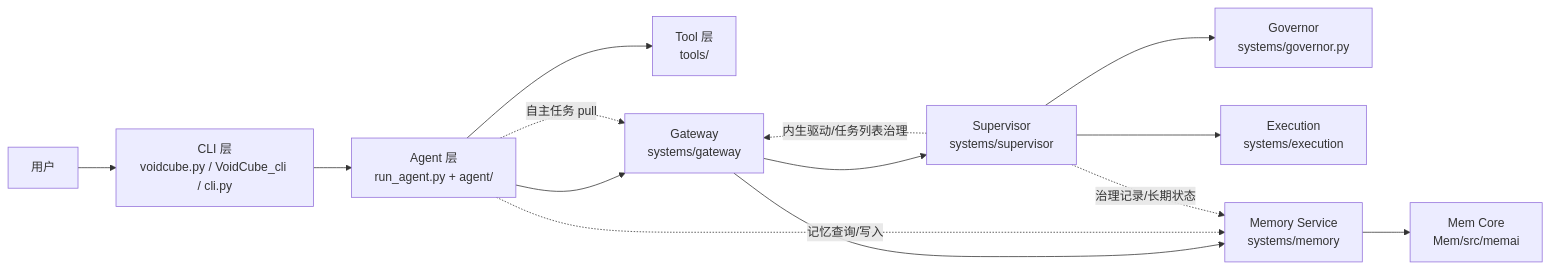
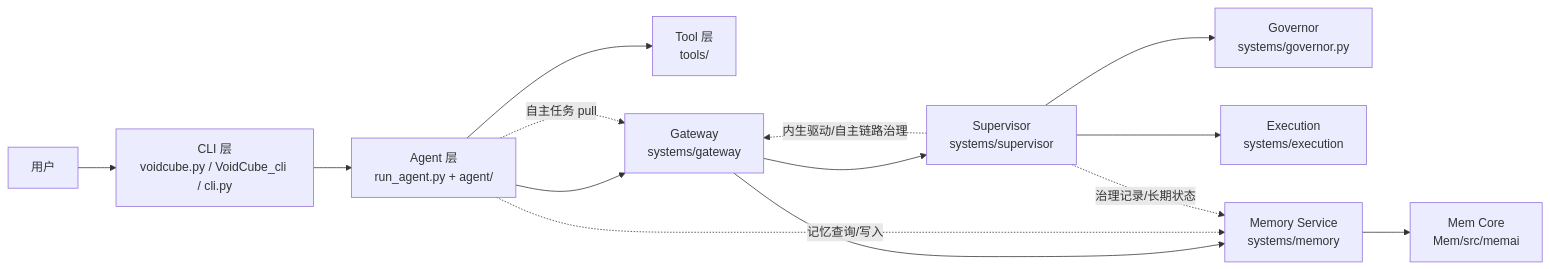
Before and after one commit to LSgit-hub/VoidCube: the second of 2 diagrams in docs/项目文件架构说明.md, drawn with Mermaid. The commit also changed other lines of this file and 26 other files, not shown here.

````diff
--- a/docs/项目文件架构说明.md
+++ b/docs/项目文件架构说明.md
@@ -74,27 +74,27 @@
 ```mermaid
 flowchart LR
     User[用户]
     CLI[CLI 层<br/>voidcube.py / VoidCube_cli / cli.py]
     Agent[Agent 层<br/>run_agent.py + agent/]
     Tools[Tool 层<br/>tools/]
     Gateway[Gateway<br/>systems/gateway]
     Supervisor[Supervisor<br/>systems/supervisor]
     Governor[Governor<br/>systems/governor.py]
     Execution[Execution<br/>systems/execution]
     MemorySvc[Memory Service<br/>systems/memory]
     MemCore[Mem Core<br/>Mem/src/memai]
 
     User --> CLI
     CLI --> Agent
     Agent --> Tools
     Agent --> Gateway
     Gateway --> Supervisor
     Supervisor --> Governor
     Supervisor --> Execution
     Gateway --> MemorySvc
     MemorySvc --> MemCore
     Agent -.记忆查询/写入.-> MemorySvc
     Agent -.自主任务 pull.-> Gateway
     Supervisor -.治理记录/长期状态.-> MemorySvc
-    Supervisor -.内生驱动/任务列表治理.-> Gateway
+    Supervisor -.内生驱动/自主链路治理.-> Gateway
 ```
````
